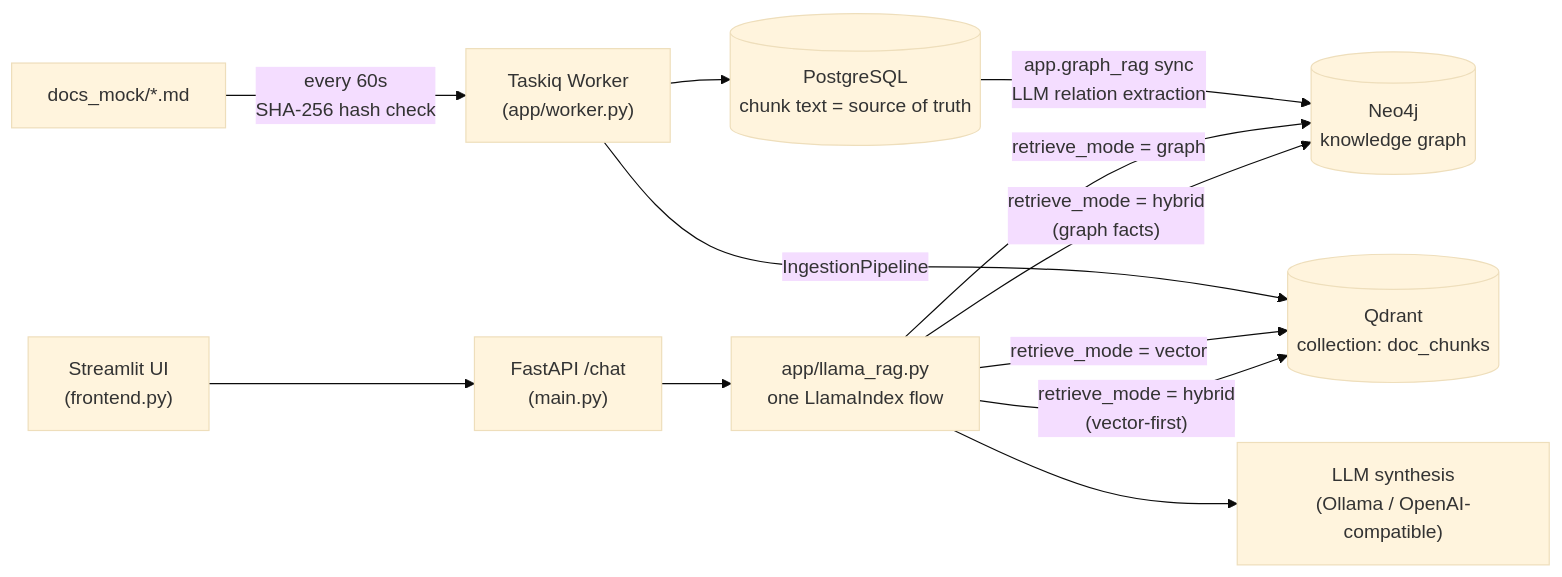
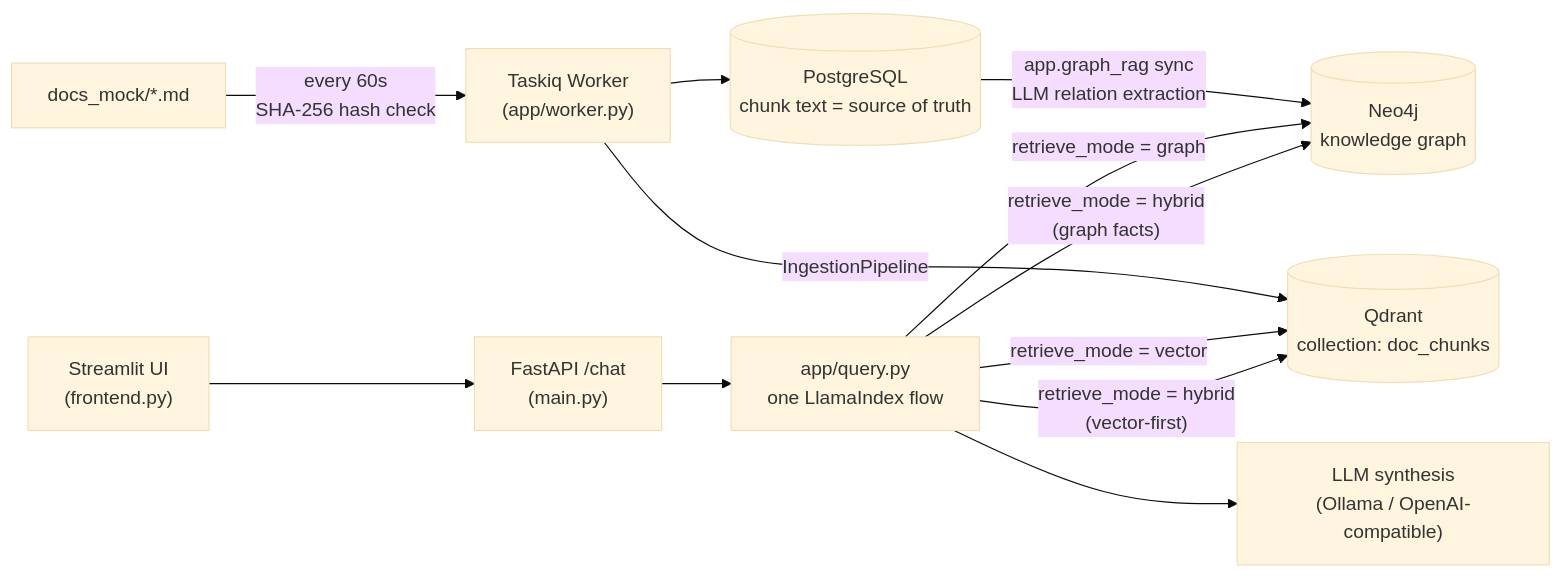
One commit to Mrslimek/basic-rag-system changed the diagram in README.md. Above: the diagram before and after it, drawn with Mermaid (base theme). The commit also changed other lines of this file and 15 other files, not shown here.

Commit message:
Split RAG modules by domain: vector_rag, graph_rag, hybrid_rag, query

````diff
--- a/README.md
+++ b/README.md
@@ -9,16 +9,16 @@
 ```mermaid
 flowchart LR
     Docs["docs_mock/*.md"] -->|"every 60s\nSHA-256 hash check"| Worker["Taskiq Worker\n(app/worker.py)"]
     Worker --> PG[("PostgreSQL\nchunk text = source of truth")]
     Worker -->|"IngestionPipeline"| QD[("Qdrant\ncollection: doc_chunks")]
 
     PG -->|"app.graph_rag sync\nLLM relation extraction"| NEO[("Neo4j\nknowledge graph")]
 
     UI["Streamlit UI\n(frontend.py)"] --> API["FastAPI /chat\n(main.py)"]
-    API --> RAG["app/llama_rag.py\none LlamaIndex flow"]
+    API --> RAG["app/query.py\none LlamaIndex flow"]
     RAG -->|"retrieve_mode = vector"| QD
     RAG -->|"retrieve_mode = graph"| NEO
     RAG -->|"retrieve_mode = hybrid\n(vector-first)"| QD
     RAG -->|"retrieve_mode = hybrid\n(graph facts)"| NEO
     RAG --> LLM["LLM synthesis\n(Ollama / OpenAI-compatible)"]
 ```
````
